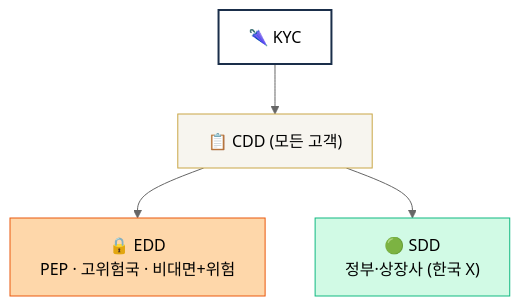
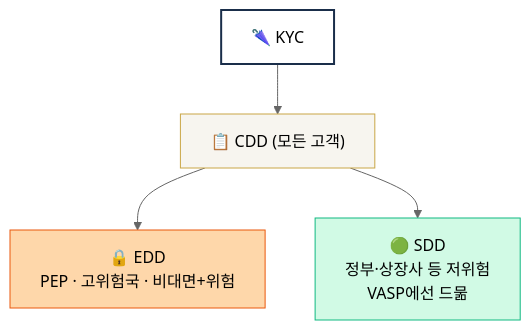
The first of 2 diagrams in curriculum/day_03.md (lala-david/aml-notes), drawn with Mermaid (neutral theme) before and after one commit. The commit also changed other lines of this file and 233 other files, not shown here.

````diff
--- a/curriculum/day_03.md
+++ b/curriculum/day_03.md
@@ -13,10 +13,10 @@
 ```mermaid
 flowchart TB
     KYC["🌂 KYC"] --> CDD["📋 CDD (모든 고객)"]
     CDD --> EDD["🔒 EDD<br/>PEP · 고위험국 · 비대면+위험"]
-    CDD --> SDD["🟢 SDD<br/>정부·상장사 (한국 X)"]
+    CDD --> SDD["🟢 SDD<br/>정부·상장사 등 저위험<br/>VASP에선 드묾"]
     style KYC fill:#fff,stroke:#1a2e4a,stroke-width:2px
     style CDD fill:#f7f5ef,stroke:#c9a646
     style EDD fill:#fed7aa,stroke:#ea580c
     style SDD fill:#d1fae5,stroke:#10b981
 ```
````
